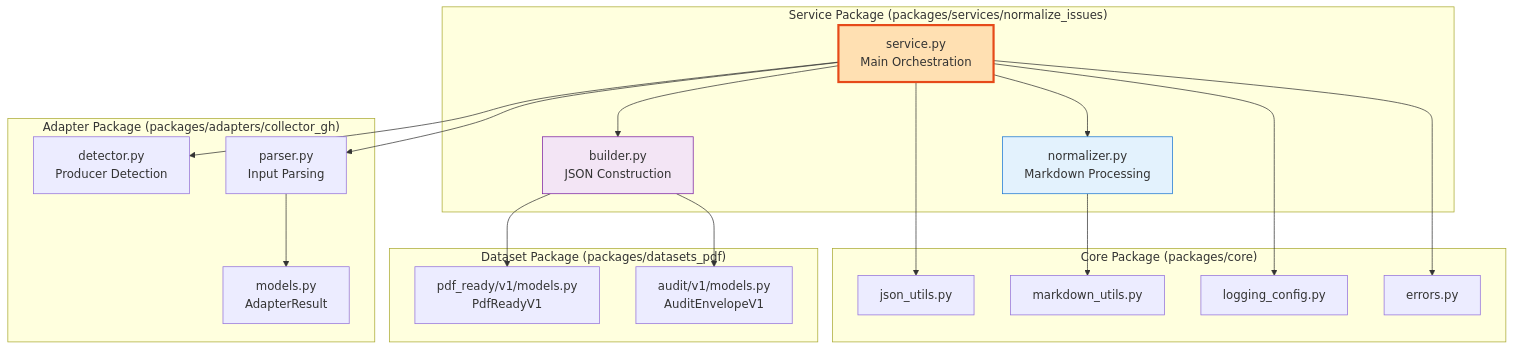
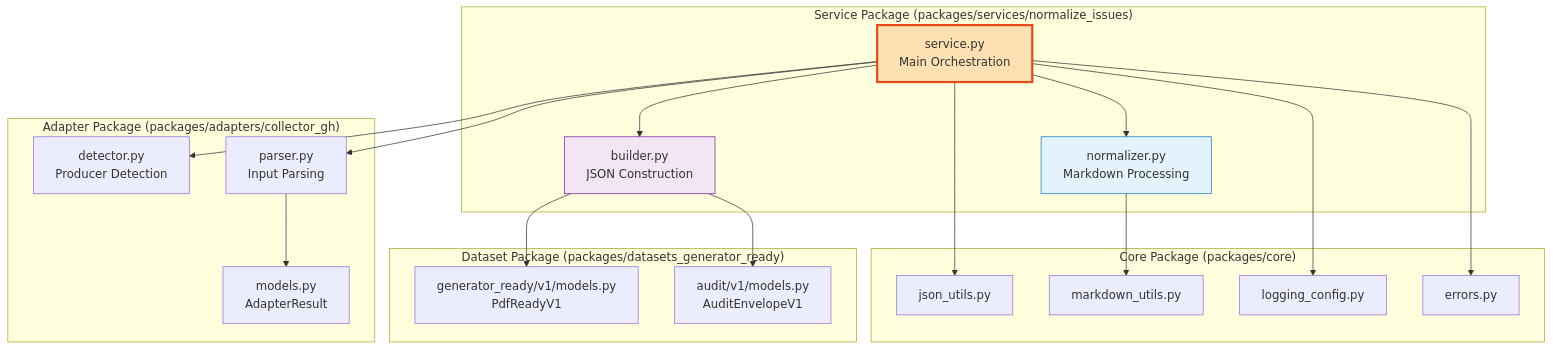
One commit to AbsaOSS/living-doc-toolkit changed the fifth of 11 diagrams in docs/architecture.md. Above: the diagram before and after it, drawn with Mermaid. The commit also changed other lines of this file and 61 other files, not shown here.

First line of the commit message:
Refactor normalization service to use generator-ready schema

````diff
--- a/docs/architecture.md
+++ b/docs/architecture.md
@@ -224,45 +224,45 @@
 ```mermaid
 graph TB
     subgraph "Service Package (packages/services/normalize_issues)"
         ServiceEntry[service.py<br/>Main Orchestration]
         Normalizer[normalizer.py<br/>Markdown Processing]
         Builder[builder.py<br/>JSON Construction]
     end
     
     subgraph "Core Package (packages/core)"
         JsonUtils[json_utils.py]
         MarkdownUtils[markdown_utils.py]
         LoggingConfig[logging_config.py]
         Errors[errors.py]
     end
     
     subgraph "Adapter Package (packages/adapters/collector_gh)"
         Detector[detector.py<br/>Producer Detection]
         Parser[parser.py<br/>Input Parsing]
         AdapterModels[models.py<br/>AdapterResult]
     end
     
-    subgraph "Dataset Package (packages/datasets_pdf)"
-        PdfReadyModels[pdf_ready/v1/models.py<br/>PdfReadyV1]
+    subgraph "Dataset Package (packages/datasets_generator_ready)"
+        GeneratorReadyModels[generator_ready/v1/models.py<br/>PdfReadyV1]
         AuditModels[audit/v1/models.py<br/>AuditEnvelopeV1]
     end
     
     ServiceEntry --> Normalizer
     ServiceEntry --> Builder
     ServiceEntry --> Detector
     ServiceEntry --> Parser
     
     Normalizer --> MarkdownUtils
-    Builder --> PdfReadyModels
+    Builder --> GeneratorReadyModels
     Builder --> AuditModels
     
     ServiceEntry --> JsonUtils
     ServiceEntry --> LoggingConfig
     ServiceEntry --> Errors
     
     Parser --> AdapterModels
     
     style ServiceEntry fill:#ffe0b2,stroke:#e64a19,stroke-width:3px
     style Normalizer fill:#e3f2fd,stroke:#1976d2
     style Builder fill:#f3e5f5,stroke:#7b1fa2
 ```
````
